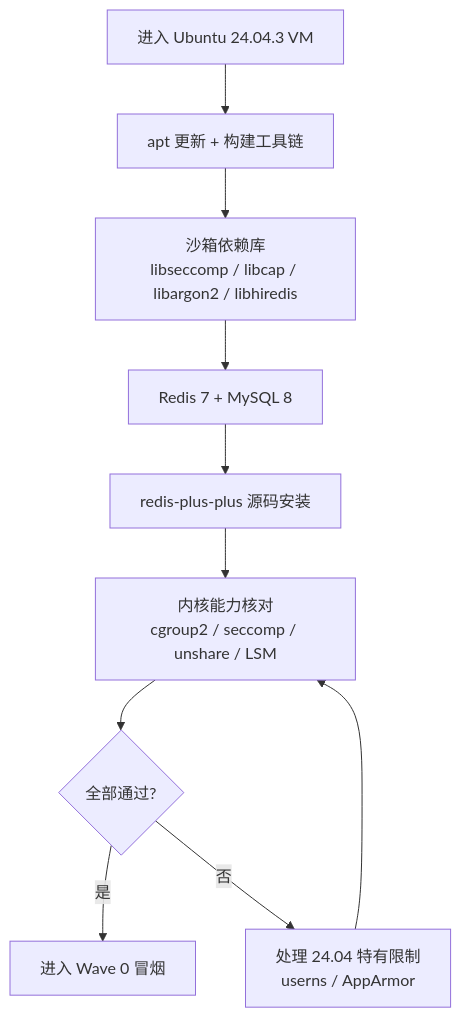
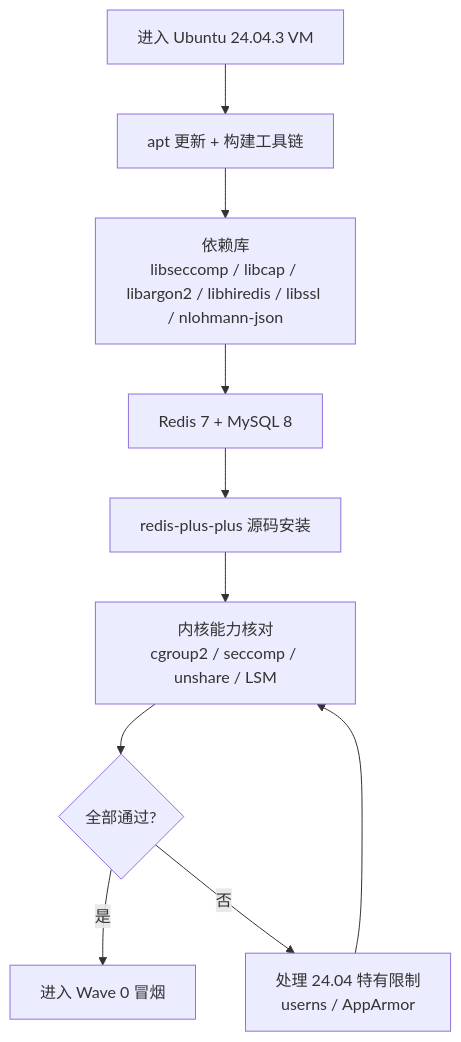
Before and after one commit to yixiao-qiang/dati: the diagram in 学习笔记/环境配置.md, drawn with Mermaid. The commit also changed other lines of this file, not shown here.

````diff
--- a/学习笔记/环境配置.md
+++ b/学习笔记/环境配置.md
@@ -19,12 +19,12 @@
 ```mermaid
 flowchart TD
     A["进入 Ubuntu 24.04.3 VM"] --> B["apt 更新 + 构建工具链"]
-    B --> C["沙箱依赖库<br/>libseccomp / libcap / libargon2 / libhiredis"]
+    B --> C["依赖库<br/>libseccomp / libcap / libargon2 / libhiredis / libssl / nlohmann-json"]
     C --> D["Redis 7 + MySQL 8"]
     D --> E["redis-plus-plus 源码安装"]
     E --> F["内核能力核对<br/>cgroup2 / seccomp / unshare / LSM"]
     F --> G{"全部通过?"}
     G -->|是| H["进入 Wave 0 冒烟"]
     G -->|否| I["处理 24.04 特有限制<br/>userns / AppArmor"]
     I --> F
 ```
````
